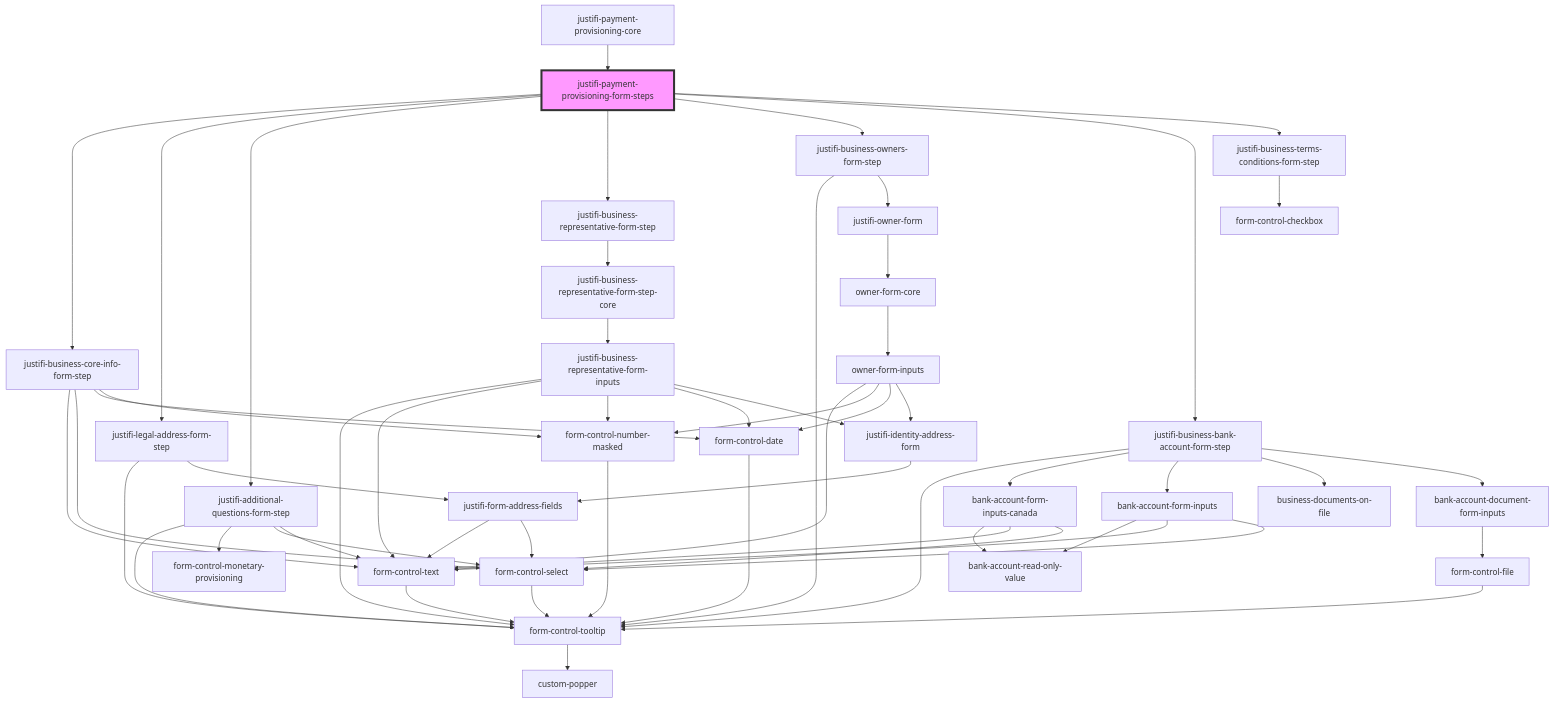
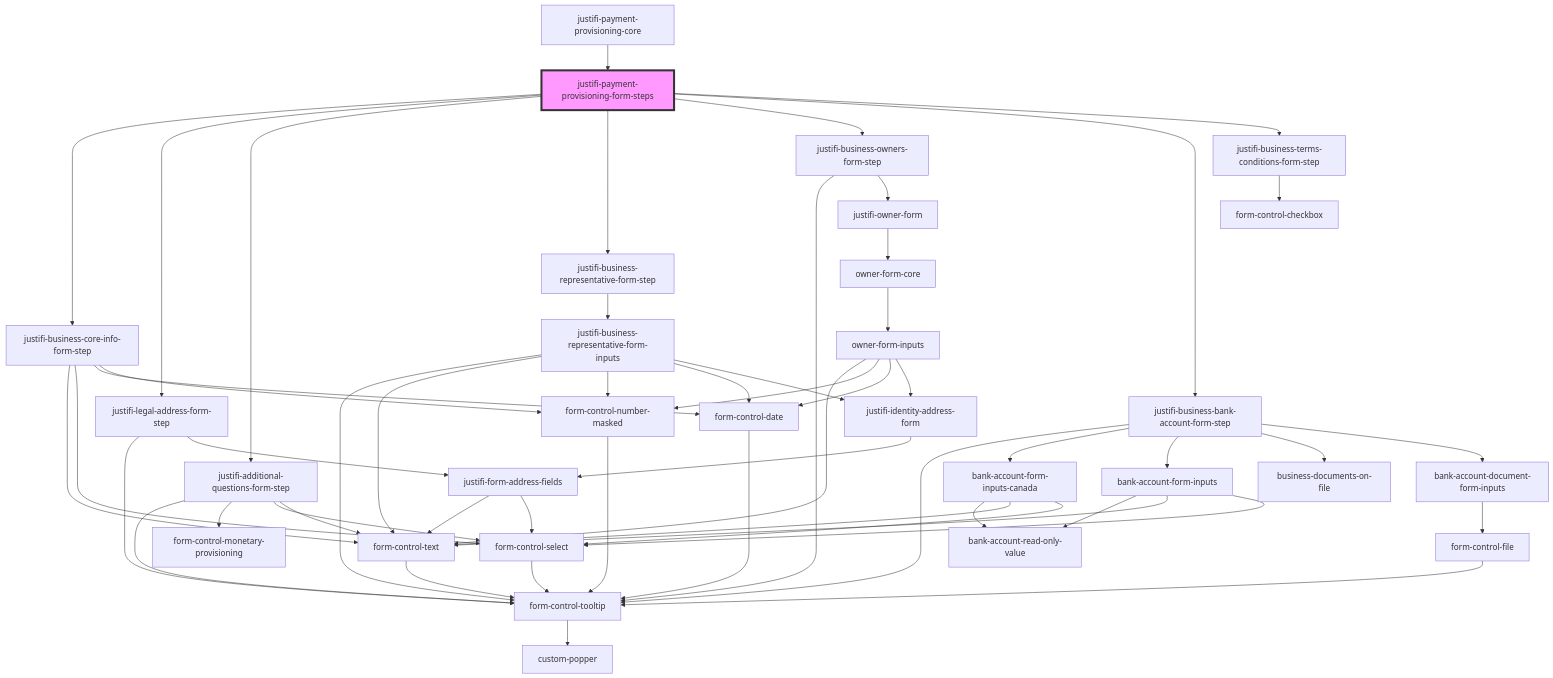
The diagram in packages/webcomponents/src/components/business-forms/payment-provisioning/readme.md (justifi-tech/web-component-library), drawn with Mermaid before and after one commit. The commit also changed 3 other files, not shown here.

````diff
--- a/packages/webcomponents/src/components/business-forms/payment-provisioning/readme.md
+++ b/packages/webcomponents/src/components/business-forms/payment-provisioning/readme.md
@@ -36,59 +36,58 @@
 ```mermaid
 graph TD;
   justifi-payment-provisioning-form-steps --> justifi-business-core-info-form-step
   justifi-payment-provisioning-form-steps --> justifi-legal-address-form-step
   justifi-payment-provisioning-form-steps --> justifi-additional-questions-form-step
   justifi-payment-provisioning-form-steps --> justifi-business-representative-form-step
   justifi-payment-provisioning-form-steps --> justifi-business-owners-form-step
   justifi-payment-provisioning-form-steps --> justifi-business-bank-account-form-step
   justifi-payment-provisioning-form-steps --> justifi-business-terms-conditions-form-step
   justifi-business-core-info-form-step --> form-control-text
   justifi-business-core-info-form-step --> form-control-select
   justifi-business-core-info-form-step --> form-control-date
   justifi-business-core-info-form-step --> form-control-number-masked
   form-control-text --> form-control-tooltip
   form-control-tooltip --> custom-popper
   form-control-select --> form-control-tooltip
   form-control-date --> form-control-tooltip
   form-control-number-masked --> form-control-tooltip
   justifi-legal-address-form-step --> form-control-tooltip
   justifi-legal-address-form-step --> justifi-form-address-fields
   justifi-form-address-fields --> form-control-text
   justifi-form-address-fields --> form-control-select
   justifi-additional-questions-form-step --> form-control-tooltip
   justifi-additional-questions-form-step --> form-control-monetary-provisioning
   justifi-additional-questions-form-step --> form-control-select
   justifi-additional-questions-form-step --> form-control-text
-  justifi-business-representative-form-step --> justifi-business-representative-form-step-core
-  justifi-business-representative-form-step-core --> justifi-business-representative-form-inputs
+  justifi-business-representative-form-step --> justifi-business-representative-form-inputs
   justifi-business-representative-form-inputs --> form-control-tooltip
   justifi-business-representative-form-inputs --> form-control-text
   justifi-business-representative-form-inputs --> form-control-number-masked
   justifi-business-representative-form-inputs --> form-control-date
   justifi-business-representative-form-inputs --> justifi-identity-address-form
   justifi-identity-address-form --> justifi-form-address-fields
   justifi-business-owners-form-step --> form-control-tooltip
   justifi-business-owners-form-step --> justifi-owner-form
   justifi-owner-form --> owner-form-core
   owner-form-core --> owner-form-inputs
   owner-form-inputs --> form-control-text
   owner-form-inputs --> form-control-number-masked
   owner-form-inputs --> form-control-date
   owner-form-inputs --> justifi-identity-address-form
   justifi-business-bank-account-form-step --> form-control-tooltip
   justifi-business-bank-account-form-step --> bank-account-form-inputs-canada
   justifi-business-bank-account-form-step --> bank-account-form-inputs
   justifi-business-bank-account-form-step --> business-documents-on-file
   justifi-business-bank-account-form-step --> bank-account-document-form-inputs
   bank-account-form-inputs-canada --> bank-account-read-only-value
   bank-account-form-inputs-canada --> form-control-text
   bank-account-form-inputs-canada --> form-control-select
   bank-account-form-inputs --> bank-account-read-only-value
   bank-account-form-inputs --> form-control-text
   bank-account-form-inputs --> form-control-select
   bank-account-document-form-inputs --> form-control-file
   form-control-file --> form-control-tooltip
   justifi-business-terms-conditions-form-step --> form-control-checkbox
   justifi-payment-provisioning-core --> justifi-payment-provisioning-form-steps
   style justifi-payment-provisioning-form-steps fill:#f9f,stroke:#333,stroke-width:4px
 ```
````
